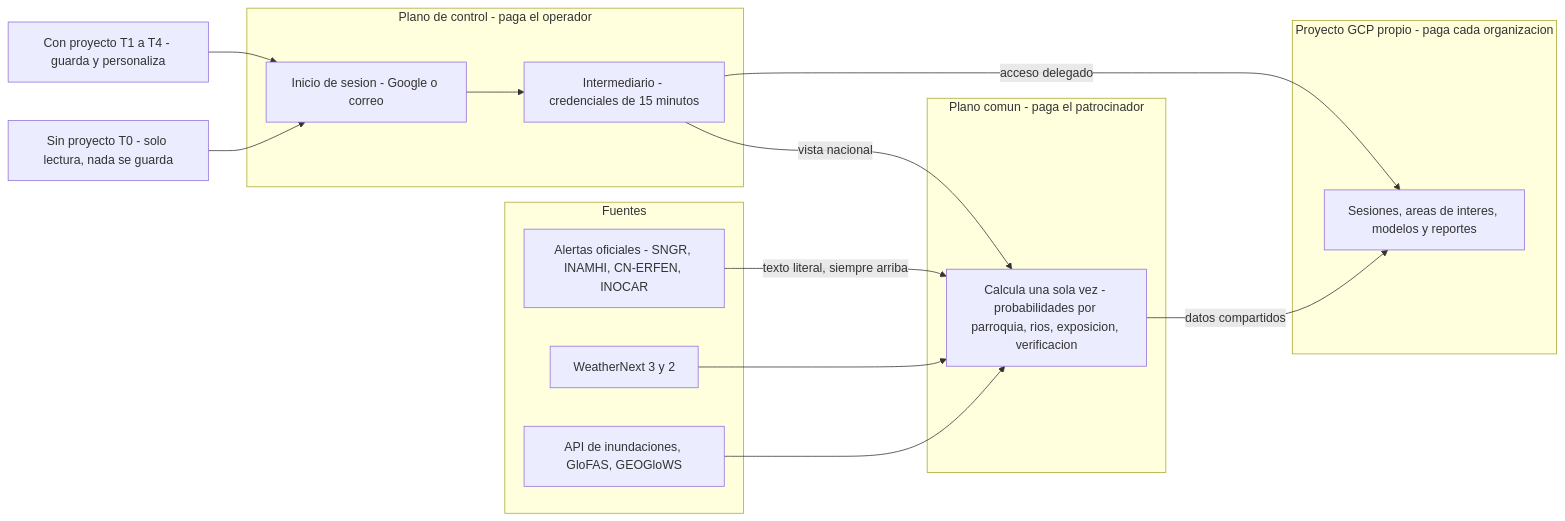
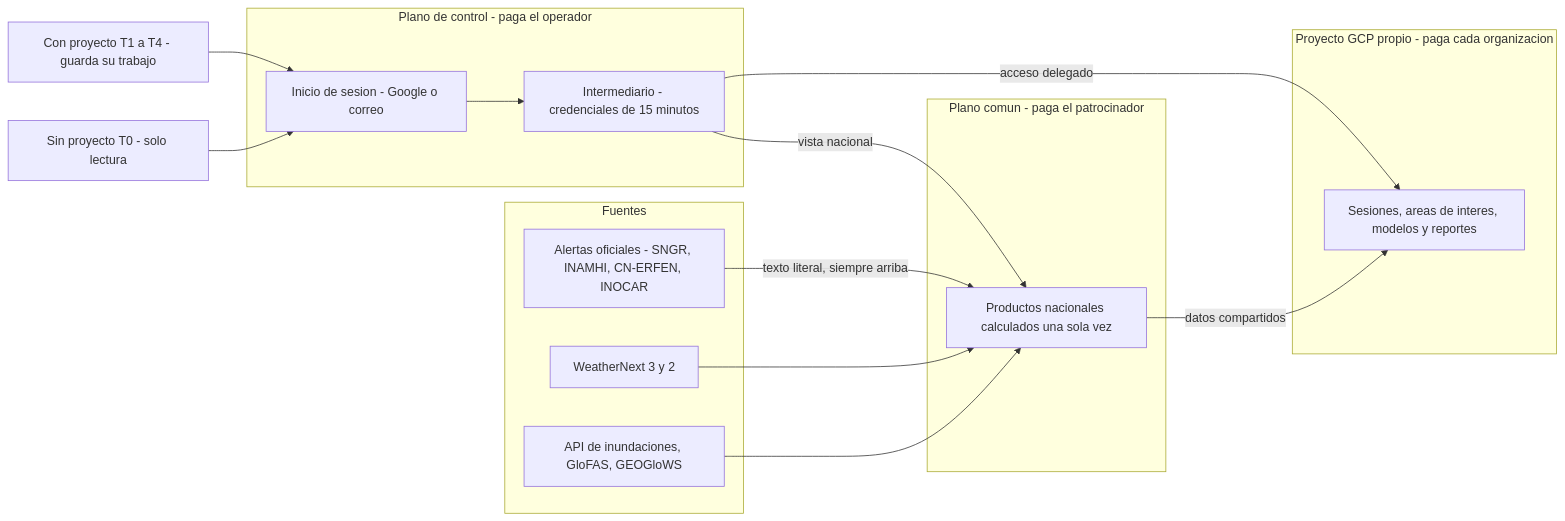
One commit to mcastroarroyo/weathernext changed the diagram in docs/00-resumen-ejecutivo.md. Above: the diagram before and after it, drawn with Mermaid. The commit also changed other lines of this file, not shown here.

````diff
--- a/docs/00-resumen-ejecutivo.md
+++ b/docs/00-resumen-ejecutivo.md
@@ -47,29 +45,29 @@
 ```mermaid
 flowchart LR
   subgraph FUENTES["Fuentes"]
     OF["Alertas oficiales - SNGR, INAMHI, CN-ERFEN, INOCAR"]
     WN["WeatherNext 3 y 2"]
     FF["API de inundaciones, GloFAS, GEOGloWS"]
   end
   subgraph COM["Plano comun - paga el patrocinador"]
-    CN["Calcula una sola vez - probabilidades por parroquia, rios, exposicion, verificacion"]
+    CN["Productos nacionales calculados una sola vez"]
   end
   subgraph CTRL["Plano de control - paga el operador"]
     ID["Inicio de sesion - Google o correo"]
     BR["Intermediario - credenciales de 15 minutos"]
   end
   subgraph TEN["Proyecto GCP propio - paga cada organizacion"]
     GU["Sesiones, areas de interes, modelos y reportes"]
   end
-  U0["Sin proyecto T0 - solo lectura, nada se guarda"]
-  U1["Con proyecto T1 a T4 - guarda y personaliza"]
+  U0["Sin proyecto T0 - solo lectura"]
+  U1["Con proyecto T1 a T4 - guarda su trabajo"]
   OF -->|"texto literal, siempre arriba"| CN
   WN --> CN
   FF --> CN
   U0 --> ID
   U1 --> ID
   ID --> BR
   BR -->|"vista nacional"| CN
   BR -->|"acceso delegado"| GU
   CN -->|"datos compartidos"| GU
 ```
````
